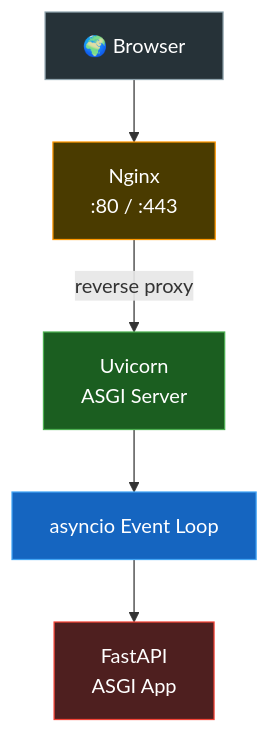
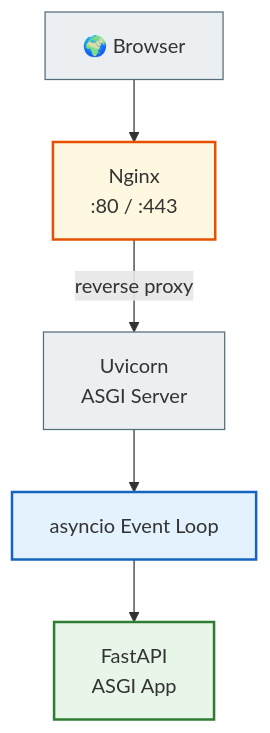
The second of 9 diagrams in docs/01_web_foundations/server.md (NikoriakViktot/notes_chat_app), drawn with Mermaid before and after one commit. The commit also changed other lines of this file and 441 other files, not shown here.

First line of the commit message:
Add English version of the book, Mermaid standard, docs fixes

````diff
--- a/docs/01_web_foundations/server.md
+++ b/docs/01_web_foundations/server.md
@@ -459,27 +462,31 @@
 ```mermaid
 flowchart TB
 
-    classDef client fill:#263238,stroke:#90a4ae,color:#fff
-    classDef proxy fill:#4a3b00,stroke:#ff9800,color:#fff
-    classDef server fill:#1b5e20,stroke:#4CAF50,color:#fff
-    classDef framework fill:#4e1f1f,stroke:#f44336,color:#fff
-    classDef async fill:#1565C0,stroke:#42A5F5,color:#fff
+    Browser["🌍 Browser"]
 
-    Browser["🌍 Browser"]:::client
+    Nginx["Nginx<br>:80 / :443"]
 
-    Nginx["Nginx\n:80 / :443"]:::proxy
+    Uvicorn["Uvicorn<br>ASGI Server"]
 
-    Uvicorn["Uvicorn\nASGI Server"]:::server
+    Loop["asyncio Event Loop"]
 
-    Loop["asyncio Event Loop"]:::async
-
-    FastAPI["FastAPI\nASGI App"]:::framework
+    FastAPI["FastAPI<br>ASGI App"]
 
     Browser --> Nginx
 
     Nginx -->|"reverse proxy"| Uvicorn
 
     Uvicorn --> Loop
 
     Loop --> FastAPI
+
+    classDef step     fill:#eceff1,stroke:#546e7a,stroke-width:1px;
+    classDef decision fill:#e3f2fd,stroke:#1565c0,stroke-width:2px;
+    classDef success  fill:#e8f5e9,stroke:#2e7d32,stroke-width:2px;
+    classDef warning  fill:#fff8e1,stroke:#e65100,stroke-width:2px;
+
+    class Browser,Uvicorn step;
+    class Nginx warning;
+    class Loop decision;
+    class FastAPI success;
 ```
````
